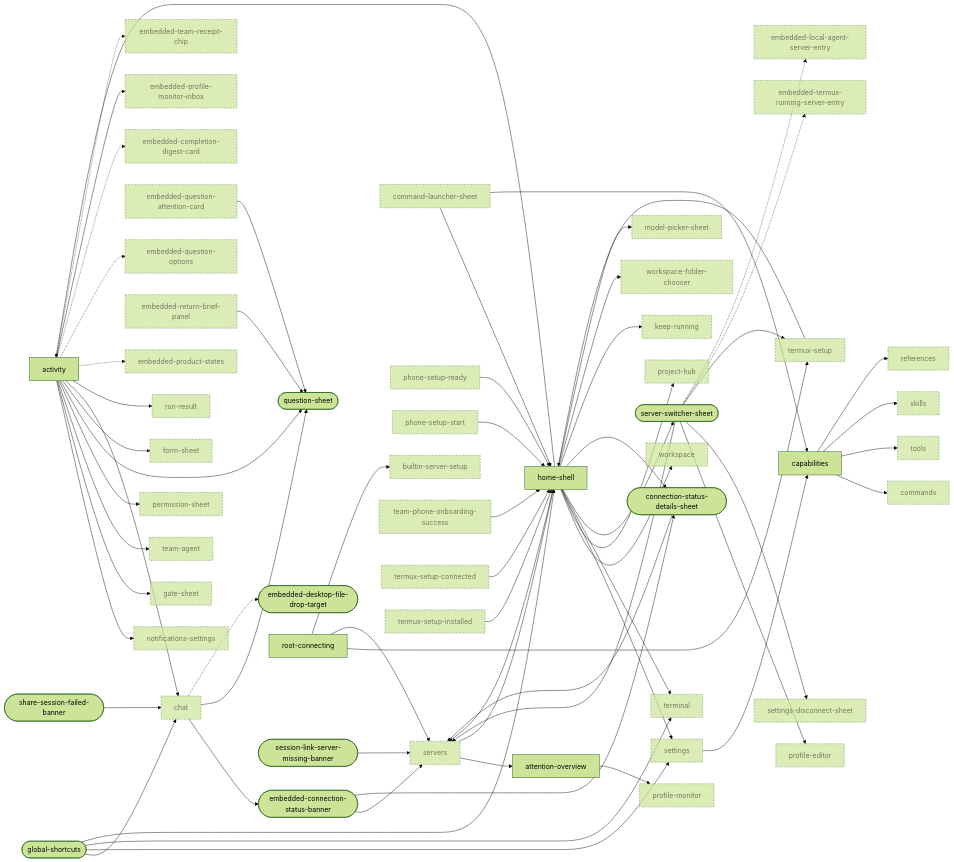
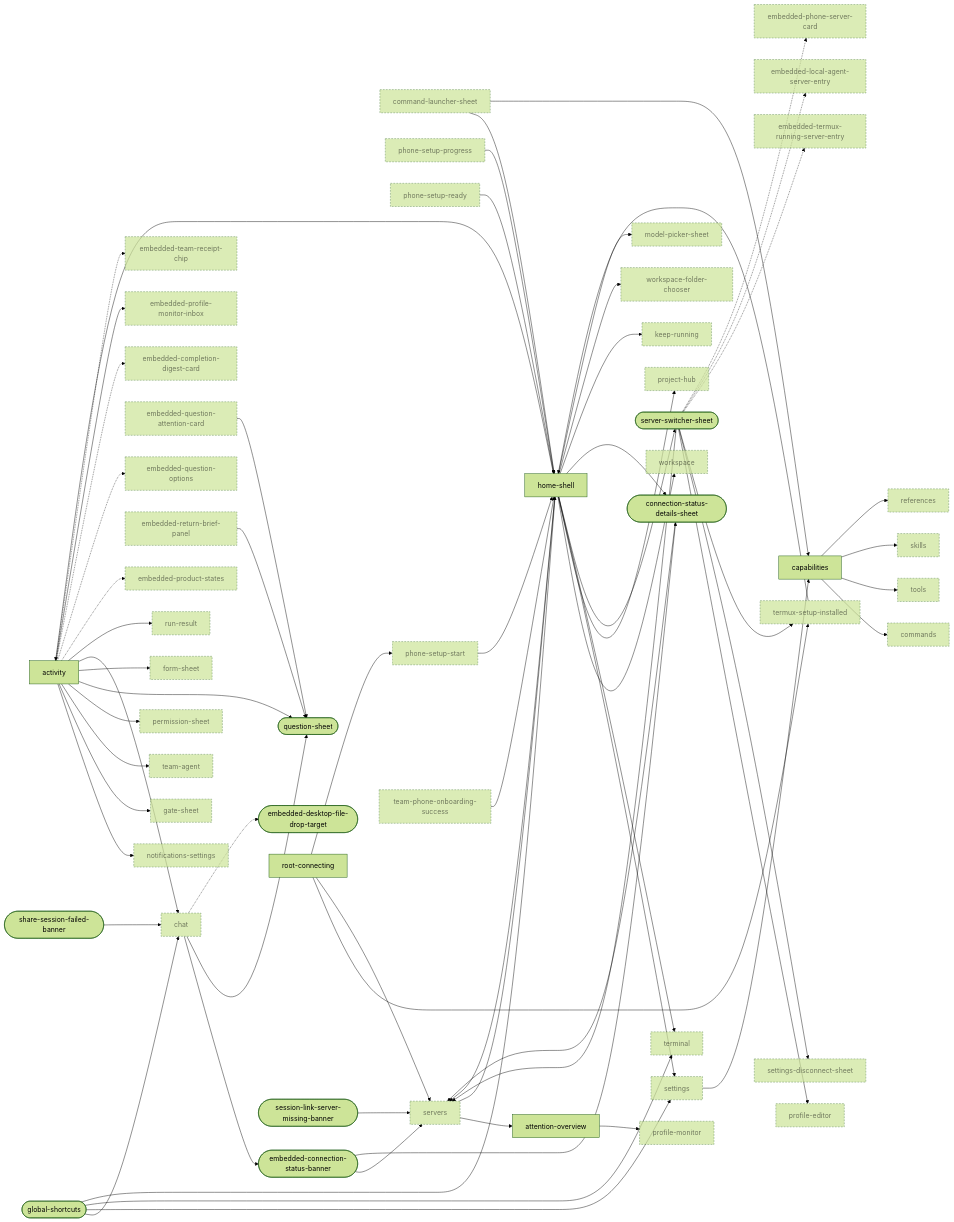
The first of 10 diagrams in docs/design/ui-ledger/navigation.md (Breskott/opencode-mobile-next), drawn with Mermaid (forest theme) before and after one commit. The commit also changed other lines of this file and 106 other files, not shown here.

```diff
--- a/docs/design/ui-ledger/navigation.md
+++ b/docs/design/ui-ledger/navigation.md
@@ -22,7 +22,6 @@
 graph LR
   activity["activity"]
   attention_overview["attention-overview"]
-  builtin_server_setup["builtin-server-setup"]:::ext
   capabilities["capabilities"]
   chat["chat"]:::ext
   command_launcher_sheet["command-launcher-sheet"]:::ext
@@ -32,6 +31,7 @@
   embedded_connection_status_banner(["embedded-connection-status-banner"])
   embedded_desktop_file_drop_target(["embedded-desktop-file-drop-target"])
   embedded_local_agent_server_entry["embedded-local-agent-server-entry"]:::ext
+  embedded_phone_server_card["embedded-phone-server-card"]:::ext
   embedded_product_states["embedded-product-states"]:::ext
   embedded_profile_monitor_inbox["embedded-profile-monitor-inbox"]:::ext
   embedded_question_attention_card["embedded-question-attention-card"]:::ext
@@ -47,6 +47,7 @@
   model_picker_sheet["model-picker-sheet"]:::ext
   notifications_settings["notifications-settings"]:::ext
   permission_sheet["permission-sheet"]:::ext
+  phone_setup_progress["phone-setup-progress"]:::ext
   phone_setup_ready["phone-setup-ready"]:::ext
   phone_setup_start["phone-setup-start"]:::ext
   profile_editor["profile-editor"]:::ext
@@ -66,14 +67,13 @@
   team_agent["team-agent"]:::ext
   team_phone_onboarding_success["team-phone-onboarding-success"]:::ext
   terminal["terminal"]:::ext
-  termux_setup["termux-setup"]:::ext
-  termux_setup_connected["termux-setup-connected"]:::ext
   termux_setup_installed["termux-setup-installed"]:::ext
   tools["tools"]:::ext
   workspace["workspace"]:::ext
   workspace_folder_chooser["workspace-folder-chooser"]:::ext
-  root_connecting --> termux_setup
+  root_connecting --> termux_setup_installed
   root_connecting --> servers
+  root_connecting --> phone_setup_start
   home_shell --> workspace
   home_shell --> project_hub
   home_shell --> activity
@@ -86,7 +86,7 @@
   server_switcher_sheet --> servers
   server_switcher_sheet --> profile_editor
   server_switcher_sheet --> settings_disconnect_sheet
-  server_switcher_sheet --> termux_setup
+  server_switcher_sheet --> termux_setup_installed
   connection_status_details_sheet --> servers
   embedded_connection_status_banner --> servers
   embedded_connection_status_banner --> connection_status_details_sheet
@@ -116,14 +116,13 @@
   embedded_question_attention_card --> question_sheet
   servers --> attention_overview
   servers --> home_shell
-  termux_setup_connected --> home_shell
   termux_setup_installed --> home_shell
   phone_setup_start --> home_shell
+  phone_setup_progress --> home_shell
   phone_setup_ready --> home_shell
   team_phone_onboarding_success --> home_shell
   settings --> capabilities
   home_shell --> workspace_folder_chooser
-  termux_setup --> home_shell
   embedded_return_brief_panel --> question_sheet
   chat -.-> embedded_desktop_file_drop_target
   activity -.-> embedded_product_states
@@ -132,7 +131,7 @@
   activity --> embedded_profile_monitor_inbox
   server_switcher_sheet -.-> embedded_termux_running_server_entry
   server_switcher_sheet -.-> embedded_local_agent_server_entry
-  root_connecting --> builtin_server_setup
+  server_switcher_sheet -.-> embedded_phone_server_card
   activity -.-> embedded_team_receipt_chip
   home_shell --> model_picker_sheet
   classDef ext stroke-dasharray: 4 3,opacity:0.7
```
